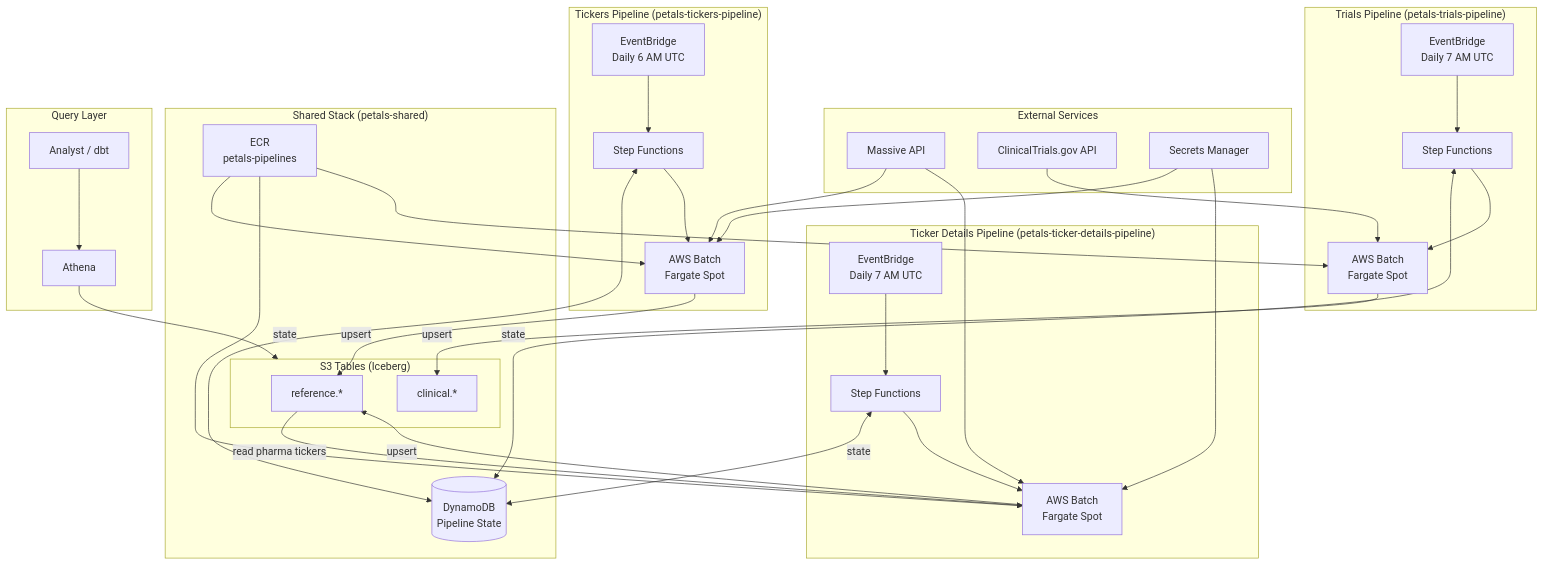
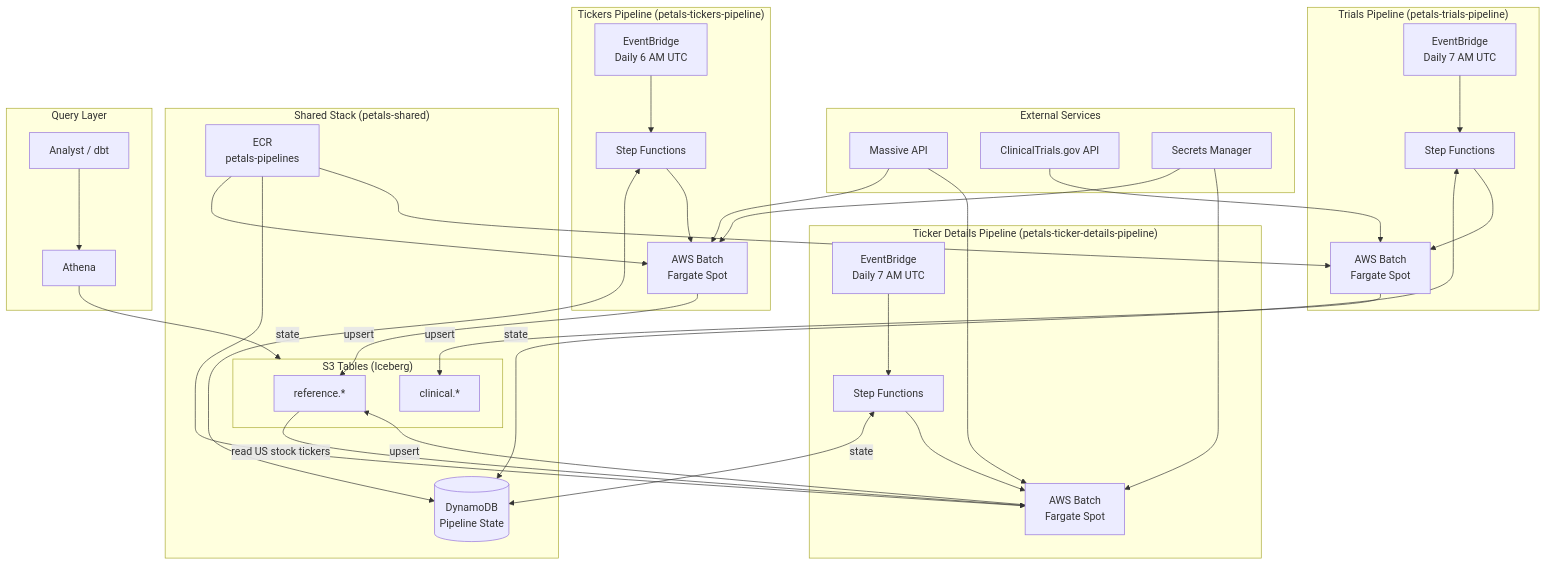
One commit to skillicinski/petals changed the diagram in docs/ARCHITECTURE.md. Above: the diagram before and after it, drawn with Mermaid. The commit also changed other lines of this file and 9 other files, not shown here.

````diff
--- a/docs/ARCHITECTURE.md
+++ b/docs/ARCHITECTURE.md
@@ -9,71 +9,71 @@
 ```mermaid
 flowchart TB
     subgraph External["External Services"]
         API[Massive API]
         CTGOV[ClinicalTrials.gov API]
         SM[Secrets Manager]
     end
 
     subgraph TickersPipeline["Tickers Pipeline (petals-tickers-pipeline)"]
         EB1[EventBridge<br/>Daily 6 AM UTC]
         SFN1[Step Functions]
         BATCH1[AWS Batch<br/>Fargate Spot]
     end
 
     subgraph TickerDetailsPipeline["Ticker Details Pipeline (petals-ticker-details-pipeline)"]
         EB3[EventBridge<br/>Daily 7 AM UTC]
         SFN3[Step Functions]
         BATCH3[AWS Batch<br/>Fargate Spot]
     end
 
     subgraph TrialsPipeline["Trials Pipeline (petals-trials-pipeline)"]
         EB2[EventBridge<br/>Daily 7 AM UTC]
         SFN2[Step Functions]
         BATCH2[AWS Batch<br/>Fargate Spot]
     end
 
     subgraph Shared["Shared Stack (petals-shared)"]
         ECR[ECR<br/>petals-pipelines]
         DDB[(DynamoDB<br/>Pipeline State)]
         subgraph S3Tables["S3 Tables (Iceberg)"]
             NS_REF[reference.*]
             NS_CLINICAL[clinical.*]
         end
     end
 
     subgraph Query["Query Layer"]
         ATH[Athena]
         USER[Analyst / dbt]
     end
 
     %% Tickers pipeline flow
     API --> BATCH1
     SM --> BATCH1
     EB1 --> SFN1
     SFN1 <-->|state| DDB
     SFN1 --> BATCH1
     ECR --> BATCH1
     BATCH1 -->|upsert| NS_REF
 
     %% Ticker details pipeline flow
-    NS_REF -->|read pharma tickers| BATCH3
+    NS_REF -->|read US stock tickers| BATCH3
     API --> BATCH3
     SM --> BATCH3
     EB3 --> SFN3
     SFN3 <-->|state| DDB
     SFN3 --> BATCH3
     ECR --> BATCH3
     BATCH3 -->|upsert| NS_REF
 
     %% Trials pipeline flow
     CTGOV --> BATCH2
     EB2 --> SFN2
     SFN2 <-->|state| DDB
     SFN2 --> BATCH2
     ECR --> BATCH2
     BATCH2 -->|upsert| NS_CLINICAL
 
     %% Query flow
     USER --> ATH
     ATH --> S3Tables
 ```
````
